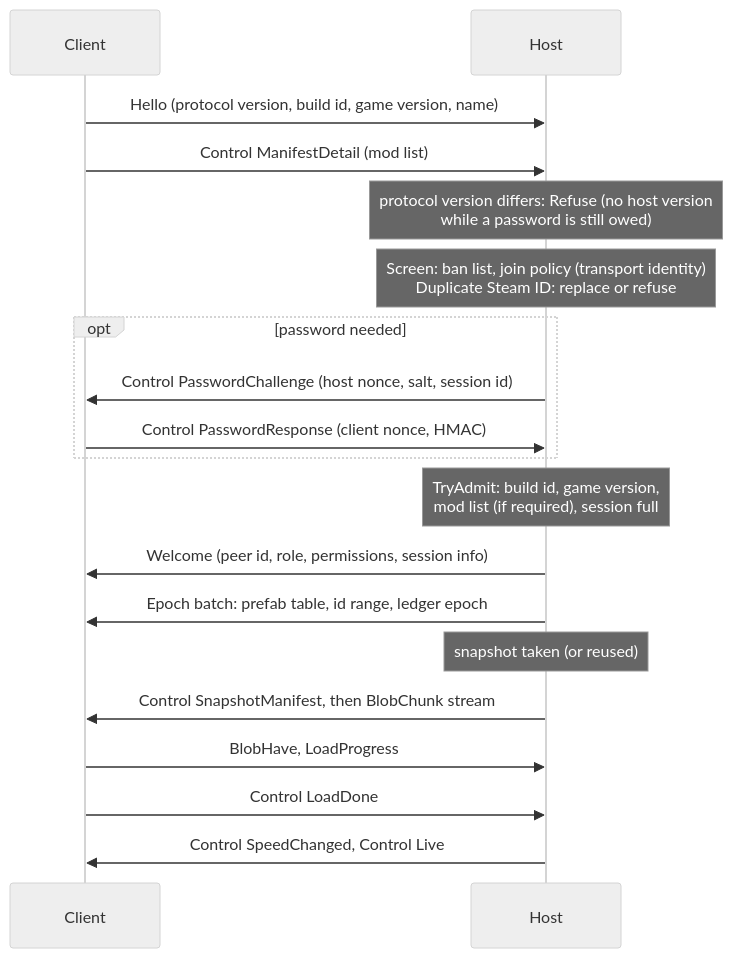
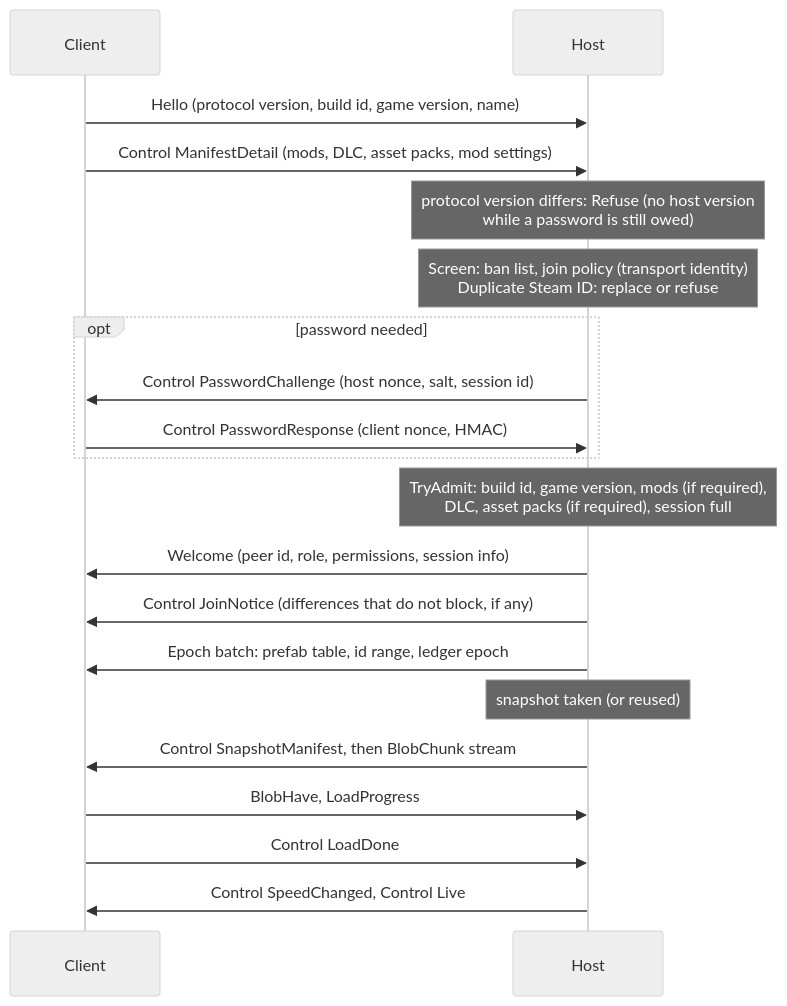
One commit to ljkx/SkylineTogether changed the second of 4 diagrams in docs/ARCHITECTURE.md. Above: the diagram before and after it, drawn with Mermaid (neutral theme). The commit also changed other lines of this file and 45 other files, not shown here.

````diff
--- a/docs/ARCHITECTURE.md
+++ b/docs/ARCHITECTURE.md
@@ -245,21 +247,22 @@
 ```mermaid
 sequenceDiagram
   participant C as Client
   participant H as Host
   C->>H: Hello (protocol version, build id, game version, name)
-  C->>H: Control ManifestDetail (mod list)
+  C->>H: Control ManifestDetail (mods, DLC, asset packs, mod settings)
   Note over H: protocol version differs: Refuse (no host version<br/>while a password is still owed)
   Note over H: Screen: ban list, join policy (transport identity)<br/>Duplicate Steam ID: replace or refuse
   opt password needed
     H->>C: Control PasswordChallenge (host nonce, salt, session id)
     C->>H: Control PasswordResponse (client nonce, HMAC)
   end
-  Note over H: TryAdmit: build id, game version,<br/>mod list (if required), session full
+  Note over H: TryAdmit: build id, game version, mods (if required),<br/>DLC, asset packs (if required), session full
   H->>C: Welcome (peer id, role, permissions, session info)
+  H->>C: Control JoinNotice (differences that do not block, if any)
   H->>C: Epoch batch: prefab table, id range, ledger epoch
   Note over H: snapshot taken (or reused)
   H->>C: Control SnapshotManifest, then BlobChunk stream
   C->>H: BlobHave, LoadProgress
   C->>H: Control LoadDone
   H->>C: Control SpeedChanged, Control Live
 ```
````
